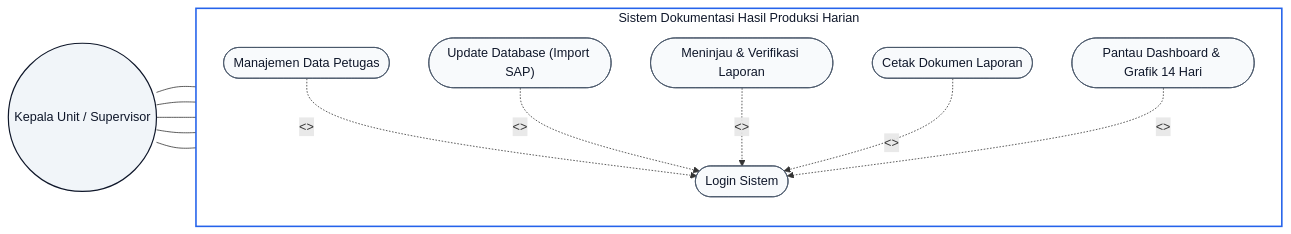
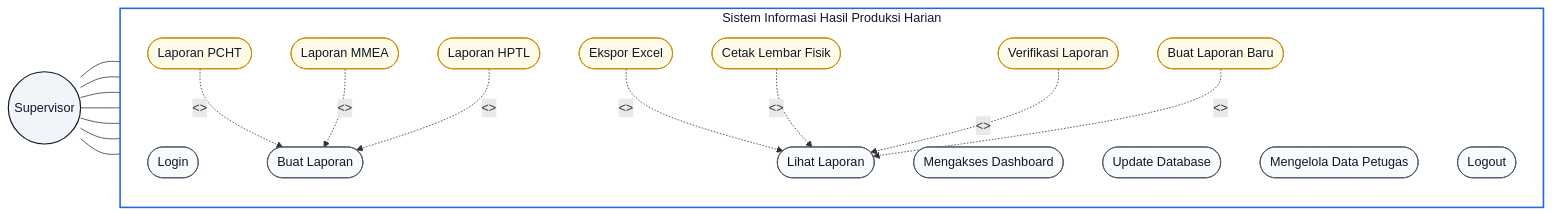
The third of 11 diagrams in docs/BAB_III_Draft.md (ZulfikarHD/scan-produksi), drawn with Mermaid before and after one commit. The commit also changed other lines of this file, not shown here.

First line of the commit message:
feat(docs): update functional requirements and use case diagrams for operators and supervisors

````diff
--- a/docs/BAB_III_Draft.md
+++ b/docs/BAB_III_Draft.md
@@ -196,34 +207,49 @@
 ```mermaid
 flowchart LR
-    subgraph SYSTEM ["Sistem Dokumentasi Hasil Produksi Harian"]
+    subgraph SYSTEM ["Sistem Informasi Hasil Produksi Harian"]
         direction TB
-        UC_USER(["Manajemen Data Petugas"])
-        UC_SAP(["Update Database (Import SAP)"])
-        UC_VERIF(["Meninjau & Verifikasi Laporan"])
-        UC_PRINT(["Cetak Dokumen Laporan"])
-        UC_DASH(["Pantau Dashboard & Grafik 14 Hari"])
-        UC_LOGIN(["Login Sistem"])
+        UC_LOGIN(["Login"])
+        UC_DASH(["Mengakses Dashboard"])
+        UC_UPDATE(["Update Database"])
+        UC_BUAT(["Buat Laporan"])
+        UC_LIHAT(["Lihat Laporan"])
+        UC_PETUGAS(["Mengelola Data Petugas"])
+        UC_LOGOUT(["Logout"])
+
+        UC_PCHT(["Laporan PCHT"])
+        UC_MMEA(["Laporan MMEA"])
+        UC_HPTL(["Laporan HPTL"])
+        UC_EXCEL(["Ekspor Excel"])
+        UC_CETAK(["Cetak Lembar Fisik"])
+        UC_VERIF(["Verifikasi Laporan"])
+        UC_BUAT_EXT(["Buat Laporan Baru"])
     end
 
-    ACT_SPV((Kepala Unit / Supervisor))
+    ACT_SPV((Supervisor))
 
-    ACT_SPV --- UC_USER
-    ACT_SPV --- UC_SAP
-    ACT_SPV --- UC_VERIF
-    ACT_SPV --- UC_PRINT
+    ACT_SPV --- UC_LOGIN
     ACT_SPV --- UC_DASH
+    ACT_SPV --- UC_UPDATE
+    ACT_SPV --- UC_BUAT
+    ACT_SPV --- UC_LIHAT
+    ACT_SPV --- UC_PETUGAS
+    ACT_SPV --- UC_LOGOUT
 
-    UC_USER -. "<<include>>" .-> UC_LOGIN
-    UC_SAP -. "<<include>>" .-> UC_LOGIN
-    UC_VERIF -. "<<include>>" .-> UC_LOGIN
-    UC_PRINT -. "<<include>>" .-> UC_LOGIN
-    UC_DASH -. "<<include>>" .-> UC_LOGIN
+    UC_PCHT -. "<<extend>>" .-> UC_BUAT
+    UC_MMEA -. "<<extend>>" .-> UC_BUAT
+    UC_HPTL -. "<<extend>>" .-> UC_BUAT
+    UC_EXCEL -. "<<extend>>" .-> UC_LIHAT
+    UC_CETAK -. "<<extend>>" .-> UC_LIHAT
+    UC_VERIF -. "<<extend>>" .-> UC_LIHAT
+    UC_BUAT_EXT -. "<<extend>>" .-> UC_LIHAT
 
     classDef act fill:#f1f5f9,stroke:#0f172a,stroke-width:1.5px,color:#0f172a;
     classDef sys fill:#ffffff,stroke:#2563eb,stroke-width:2px,color:#0f172a;
     classDef uc fill:#f8fafc,stroke:#475569,stroke-width:1px,color:#0f172a;
+    classDef ext fill:#fefce8,stroke:#ca8a04,stroke-width:1px,color:#0f172a;
 
     class ACT_SPV act;
     class SYSTEM sys;
-    class UC_USER,UC_SAP,UC_VERIF,UC_PRINT,UC_DASH,UC_LOGIN uc;
+    class UC_LOGIN,UC_DASH,UC_UPDATE,UC_BUAT,UC_LIHAT,UC_PETUGAS,UC_LOGOUT uc;
+    class UC_PCHT,UC_MMEA,UC_HPTL,UC_EXCEL,UC_CETAK,UC_VERIF,UC_BUAT_EXT ext;
 ```
````
